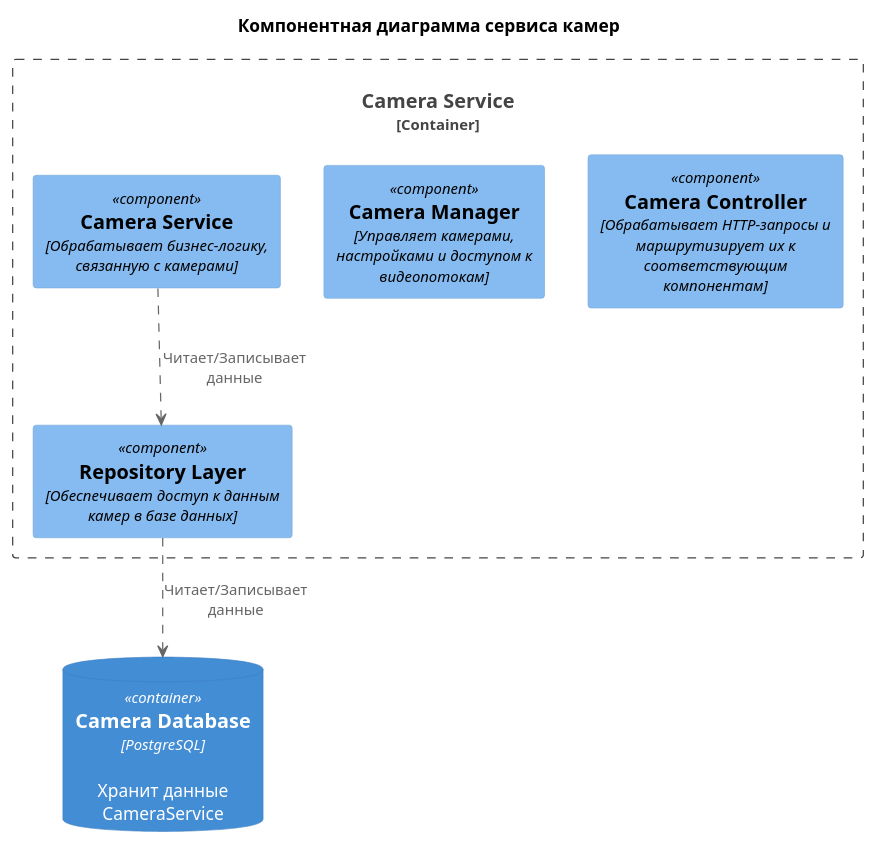
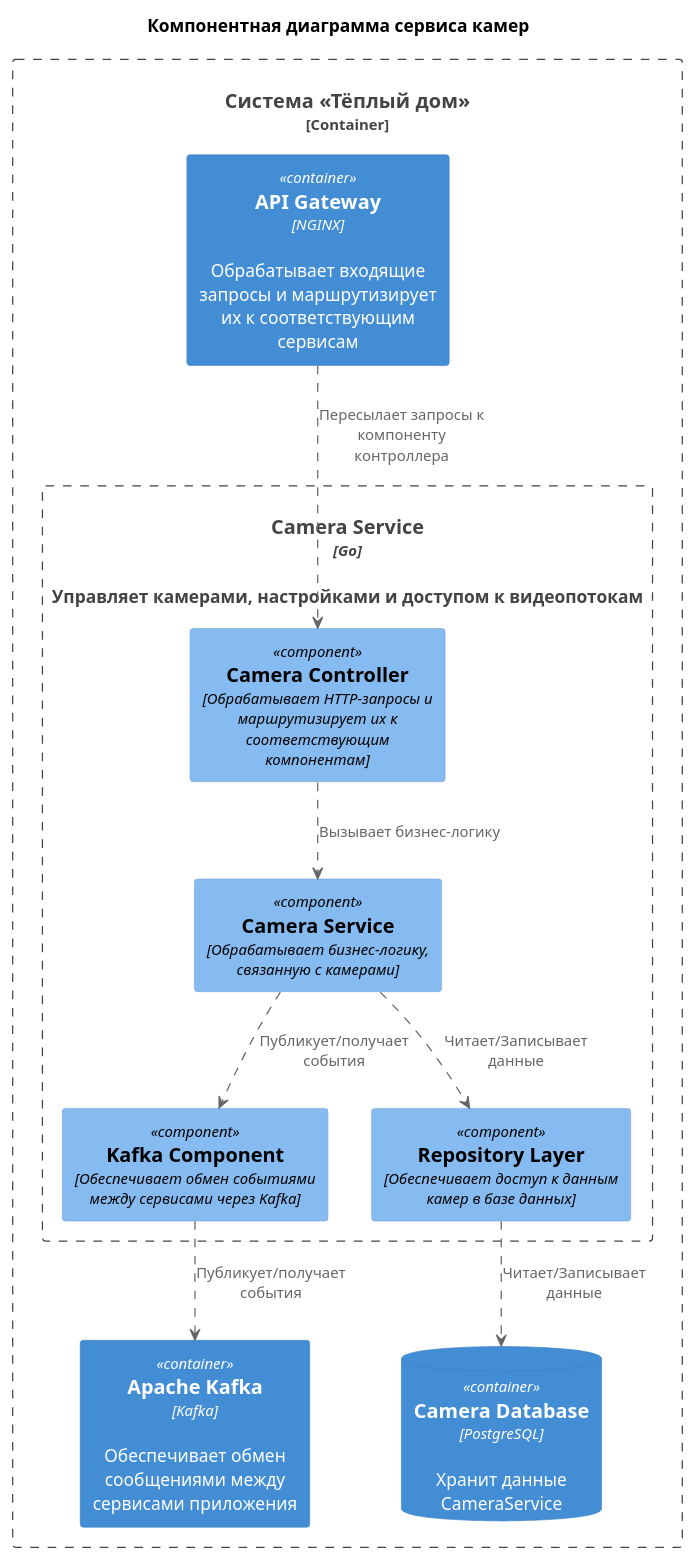
The diagram in diagrams/component/component-CameraService.puml (PAKETIKk/architecture-warmhouse), drawn with PlantUML before and after one commit. The commit also changed 2 other files, not shown here.

Commit message:
Компонентная диаграмма Camera Service

```diff
--- a/diagrams/component/component-CameraService.puml
+++ b/diagrams/component/component-CameraService.puml
@@ -1,20 +1,30 @@
 @startuml
 title Компонентная диаграмма сервиса камер
+' Импорт
 !include ../../uml-lib/C4_Component.puml
+' Система
+Container_Boundary(system, "Система «Тёплый дом»"){
+  Container(CameraService, "Camera Service", "Go", "Управляет камерами, настройками и доступом к видеопотокам")
+  Container(ApiGateway, "API Gateway", "NGINX", "Обрабатывает входящие запросы и маршрутизирует их к соответствующим сервисам")
+  Container(Kafka, "Apache Kafka", "Kafka", "Обеспечивает обмен сообщениями между сервисами приложения")  
+  ' СУБД Camera Service
+  ContainerDb(CameraDatabase, "Camera Database", "PostgreSQL", "Хранит данные CameraService")
+}
 ' Сервис камер
 Container_Boundary(CameraService, "Camera Service") {
 ' Компоненты сервиса камер
   Component(ControllerComponent, "Camera Controller","Обрабатывает HTTP-запросы и маршрутизирует их к соответствующим компонентам")
-  Component(ManagerComponent, "Camera Manager", "Управляет камерами, настройками и доступом к видеопотокам")
   Component(ServiceComponent, "Camera Service", "Обрабатывает бизнес-логику, связанную с камерами")
+  Component(KafkaComponent, "Kafka Component", "Обеспечивает обмен событиями между сервисами через Kafka")
   Component(RepositoryComponent, "Repository Layer", "Обеспечивает доступ к данным камер в базе данных")
 }
-' СУБД Camera Service
-ContainerDb(CameraDatabase, "Camera Database", "PostgreSQL", "Хранит данные CameraService")
-' Взаимодействия
+' Взаимодействия компонентов
+ControllerComponent ..> ServiceComponent : "Вызывает бизнес-логику"
 ServiceComponent ..> RepositoryComponent : "Читает/Записывает данные"
+ServiceComponent ..> KafkaComponent : "Публикует/получает события"
 RepositoryComponent ..> CameraDatabase : "Читает/Записывает данные"
-
-
+' Взаимодействия с сервисами
+ApiGateway ..> ControllerComponent : "Пересылает запросы к компоненту контроллера"
+KafkaComponent ..> Kafka : "Публикует/получает события"
 
 @enduml
```
